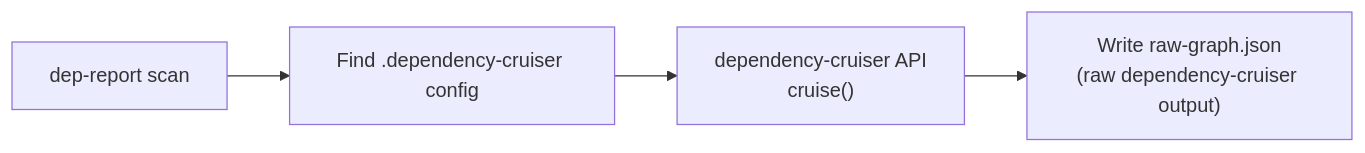
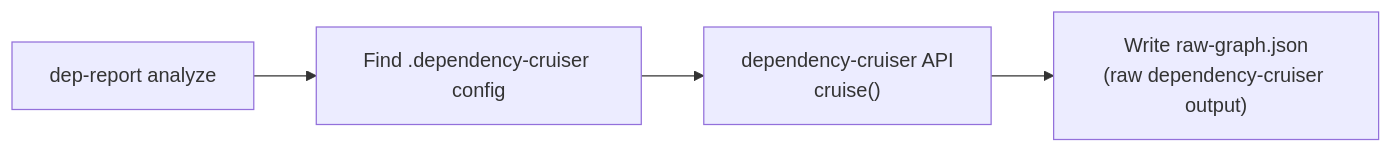
Before and after one commit to fisher-89/dependency-cruiser-reporter: the first of 3 diagrams in docs/packages/cli.md, drawn with Mermaid. The commit also changed other lines of this file and 14 other files, not shown here.

First line of the commit message:
refactor(cli): rename scan command to analyze

````diff
--- a/docs/packages/cli.md
+++ b/docs/packages/cli.md
@@ -39,6 +39,6 @@
 ```mermaid
 flowchart LR
-    CLI["dep-report scan"] --> Find["Find .dependency-cruiser config"]
+    CLI["dep-report analyze"] --> Find["Find .dependency-cruiser config"]
     Find --> DC["dependency-cruiser API\ncruise()"]
     DC --> Write["Write raw-graph.json\n(raw dependency-cruiser output)"]
 ```
````
